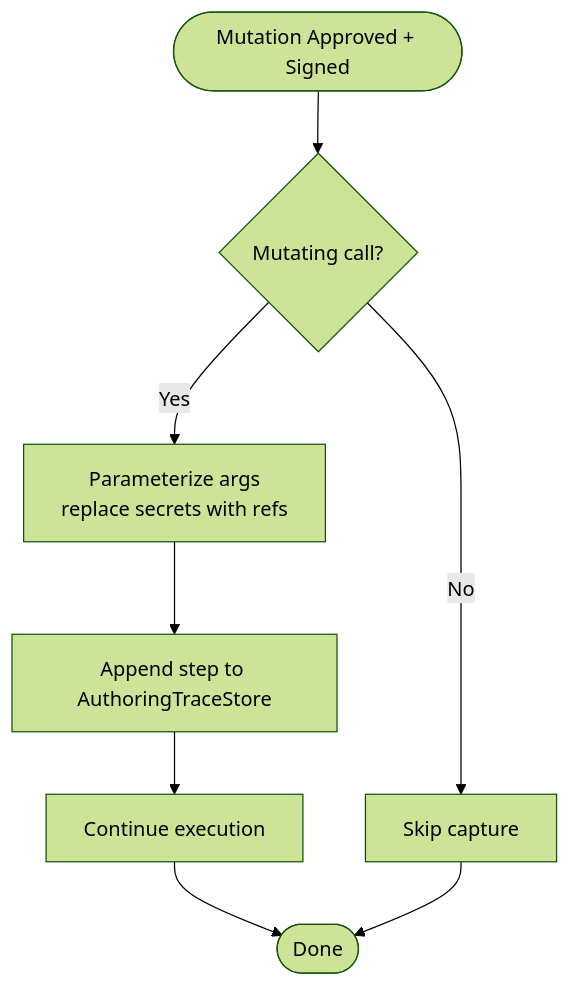
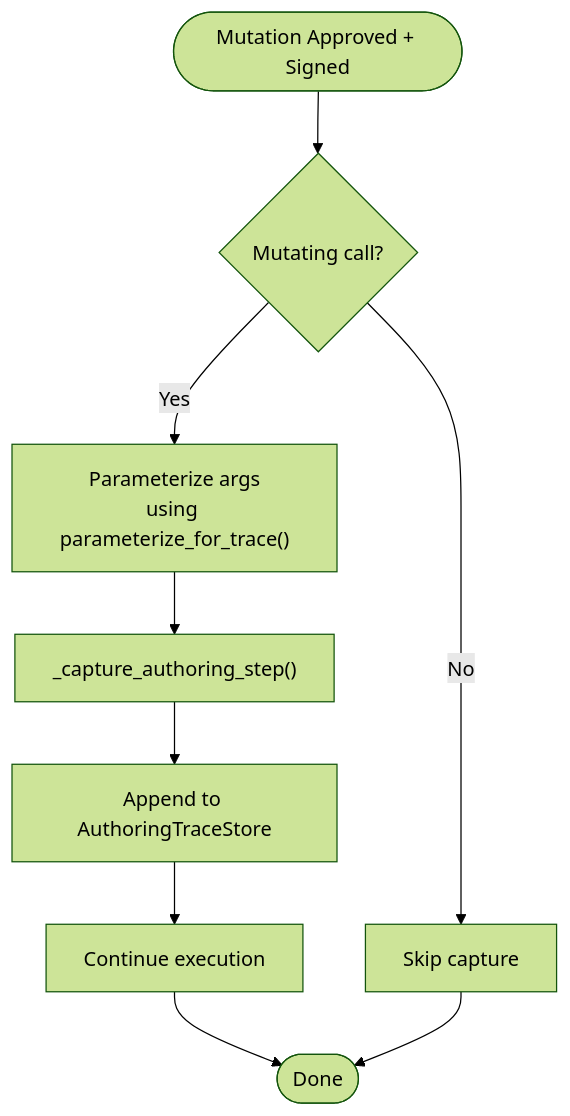
The fourth of 11 diagrams in .qoder/repowiki/en/content/Architecture Documentation/SPEC-055_ Develop-as-You-Go Skill Graduation.md (metasync/luban-aiops), drawn with Mermaid (forest theme) before and after one commit. The commit also changed other lines of this file and 48 other files, not shown here.

````diff
--- a/.qoder/repowiki/en/content/Architecture Documentation/SPEC-055_ Develop-as-You-Go Skill Graduation.md
+++ b/.qoder/repowiki/en/content/Architecture Documentation/SPEC-055_ Develop-as-You-Go Skill Graduation.md
@@ -207,10 +330,11 @@
 ```mermaid
 flowchart TD
 Start(["Mutation Approved + Signed"]) --> CheckMut{"Mutating call?"}
 CheckMut --> |No| EndRead["Skip capture"]
-CheckMut --> |Yes| Param["Parameterize args<br/>replace secrets with refs"]
-Param --> Append["Append step to AuthoringTraceStore"]
-Append --> Next["Continue execution"]
+CheckMut --> |Yes| Param["Parameterize args<br/>using parameterize_for_trace()"]
+Param --> Capture["_capture_authoring_step()"]
+Capture --> Store["Append to AuthoringTraceStore"]
+Store --> Next["Continue execution"]
 Next --> End(["Done"])
 EndRead --> End
 ```
````
